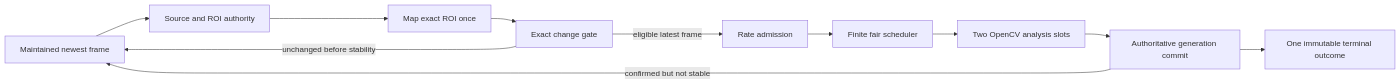
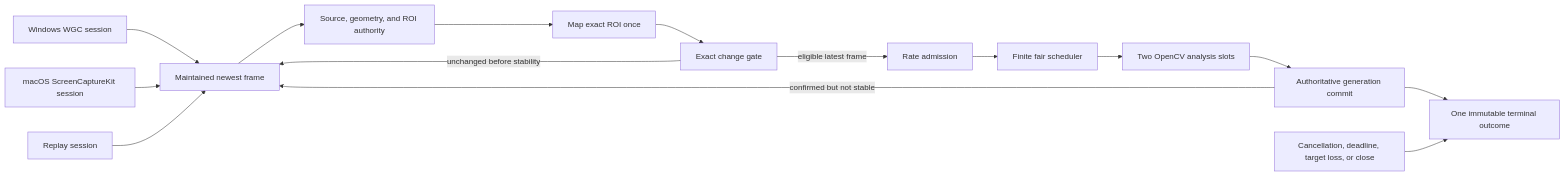
One commit to pashifika/mado-pilot changed the second of 2 diagrams in docs/architecture.md. Above: the diagram before and after it, drawn with Mermaid. The commit also changed other lines of this file and 6 other files, not shown here.

````diff
--- a/docs/architecture.md
+++ b/docs/architecture.md
@@ -2533,13 +2537,17 @@
 ```mermaid
 flowchart LR
-    F[Maintained newest frame] --> A[Source and ROI authority]
+    W[Windows WGC session] --> F[Maintained newest frame]
+    S[macOS ScreenCaptureKit session] --> F
+    P[Replay session] --> F
+    F --> A[Source, geometry, and ROI authority]
     A --> M[Map exact ROI once]
     M --> C[Exact change gate]
     C -->|eligible latest frame| R[Rate admission]
     C -->|unchanged before stability| F
     R --> Q[Finite fair scheduler]
     Q --> B[Two OpenCV analysis slots]
     B --> G[Authoritative generation commit]
     G -->|confirmed but not stable| F
     G --> T[One immutable terminal outcome]
+    X[Cancellation, deadline, target loss, or close] --> T
 ```
````
